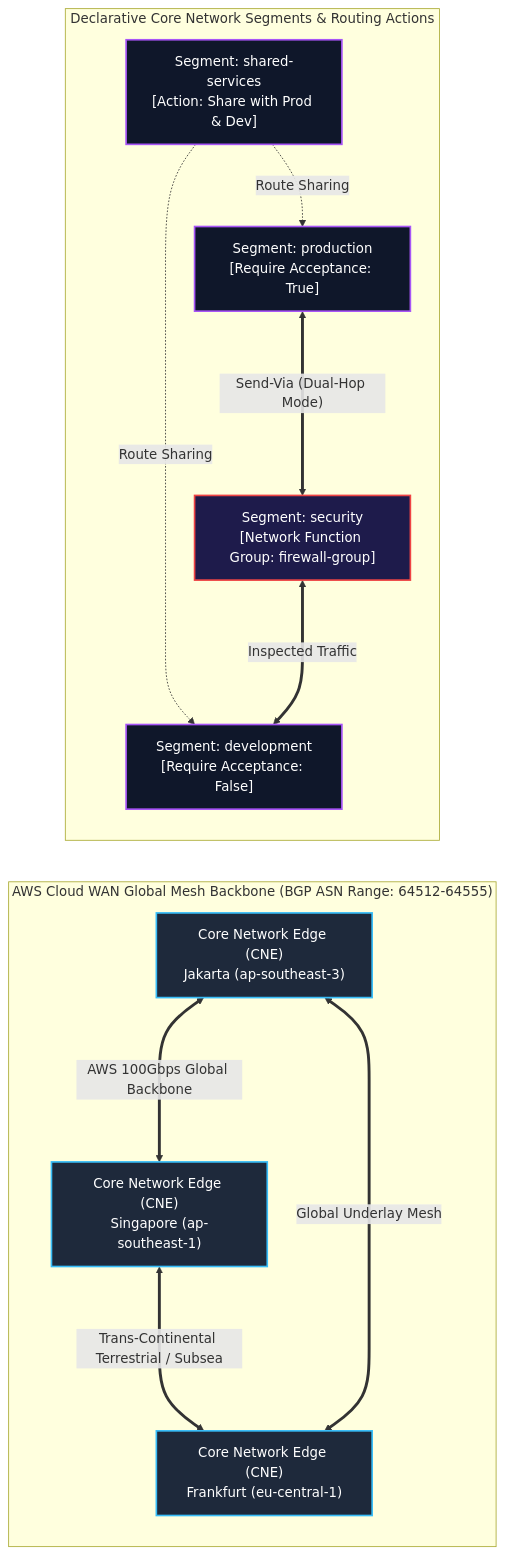
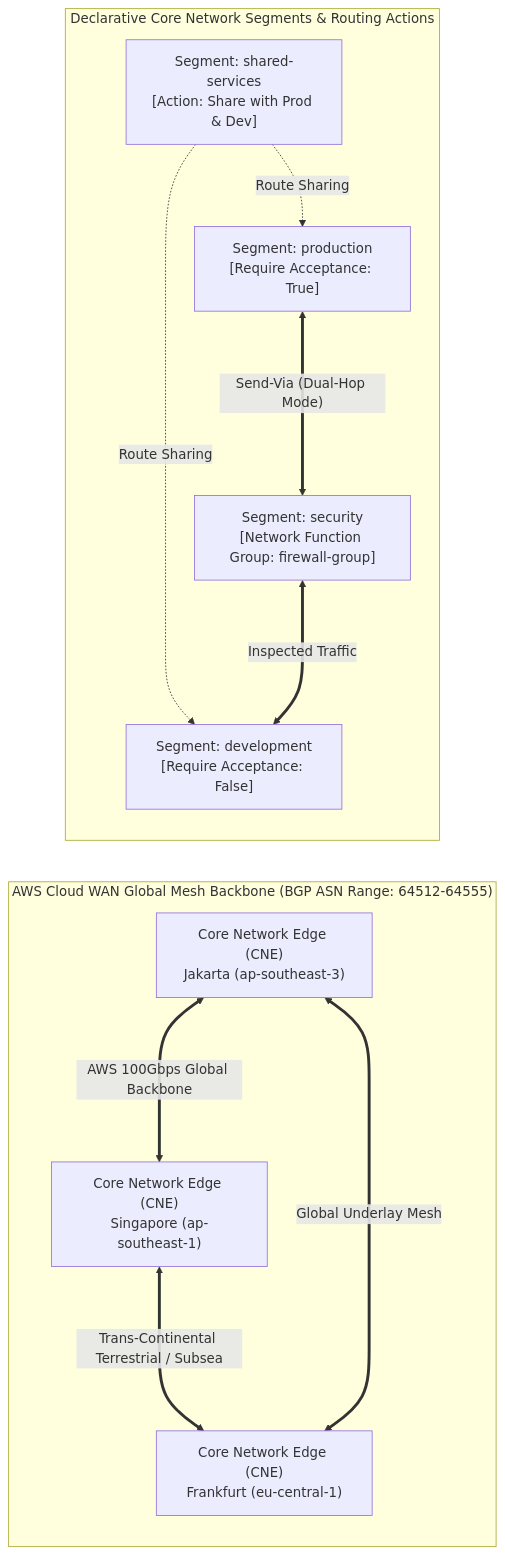
Before and after one commit to robertusnegoro/cloud-network-learning-materials: the diagram in docs/labs/03-cloud-wan-core-network.md, drawn with Mermaid. The commit also changed 4 other files, not shown here.

Commit message:
fix(mermaid): eliminate unreadable dark-on-dark nodes, sanitize classDefs, and maximize diagram contrast & scaling

````diff
--- a/docs/labs/03-cloud-wan-core-network.md
+++ b/docs/labs/03-cloud-wan-core-network.md
@@ -16,31 +16,24 @@
 ```mermaid
 graph LR
     subgraph GlobalMesh["AWS Cloud WAN Global Mesh Backbone (BGP ASN Range: 64512-64555)"]
         CNE_JKT["Core Network Edge (CNE)<br/>Jakarta (ap-southeast-3)"]
         CNE_SIN["Core Network Edge (CNE)<br/>Singapore (ap-southeast-1)"]
         CNE_FRA["Core Network Edge (CNE)<br/>Frankfurt (eu-central-1)"]
         
         CNE_JKT <===>|"AWS 100Gbps Global Backbone"| CNE_SIN
         CNE_SIN <===>|"Trans-Continental Terrestrial / Subsea"| CNE_FRA
         CNE_JKT <===>|"Global Underlay Mesh"| CNE_FRA
     end
 
     subgraph CNPSegments["Declarative Core Network Segments & Routing Actions"]
         SegProd["Segment: production<br/>[Require Acceptance: True]"]
         SegDev["Segment: development<br/>[Require Acceptance: False]"]
         SegShared["Segment: shared-services<br/>[Action: Share with Prod & Dev]"]
         SegSec["Segment: security<br/>[Network Function Group: firewall-group]"]
     end
 
     SegShared -.->|"Route Sharing"| SegProd
     SegShared -.->|"Route Sharing"| SegDev
     SegProd <===>|"Send-Via (Dual-Hop Mode)"| SegSec
     SegSec <===>|"Inspected Traffic"| SegDev
-
-    classDef cne fill:#1e293b,stroke:#38bdf8,stroke-width:2px,color:#fff;
-    classDef seg fill:#0f172a,stroke:#a855f7,stroke-width:2px,color:#fff;
-    classDef sec fill:#1e1b4b,stroke:#ef4444,stroke-width:2px,color:#fff;
-    class CNE_JKT,CNE_SIN,CNE_FRA cne;
-    class SegProd,SegDev,SegShared seg;
-    class SegSec sec;
 ```
````
